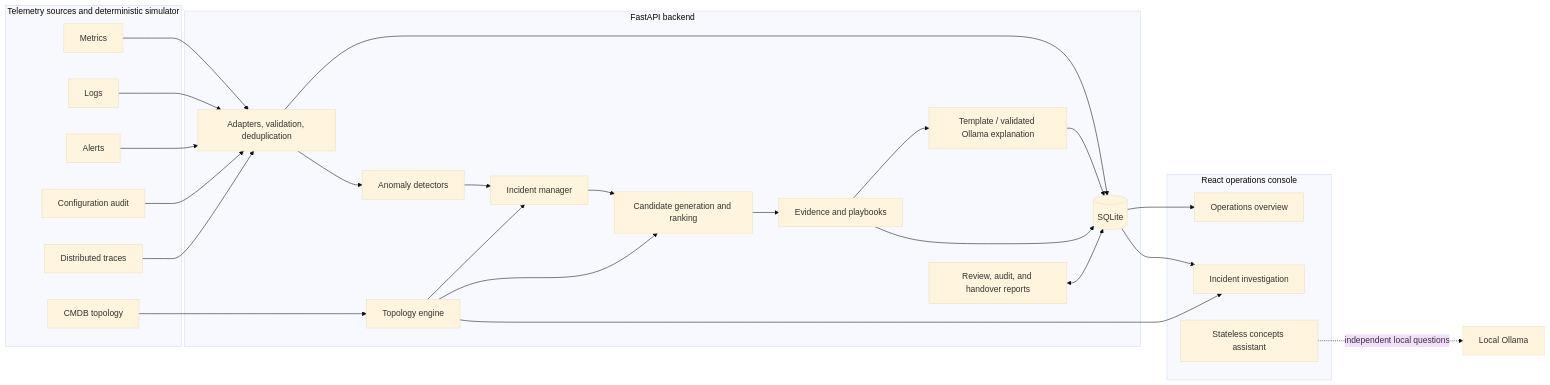
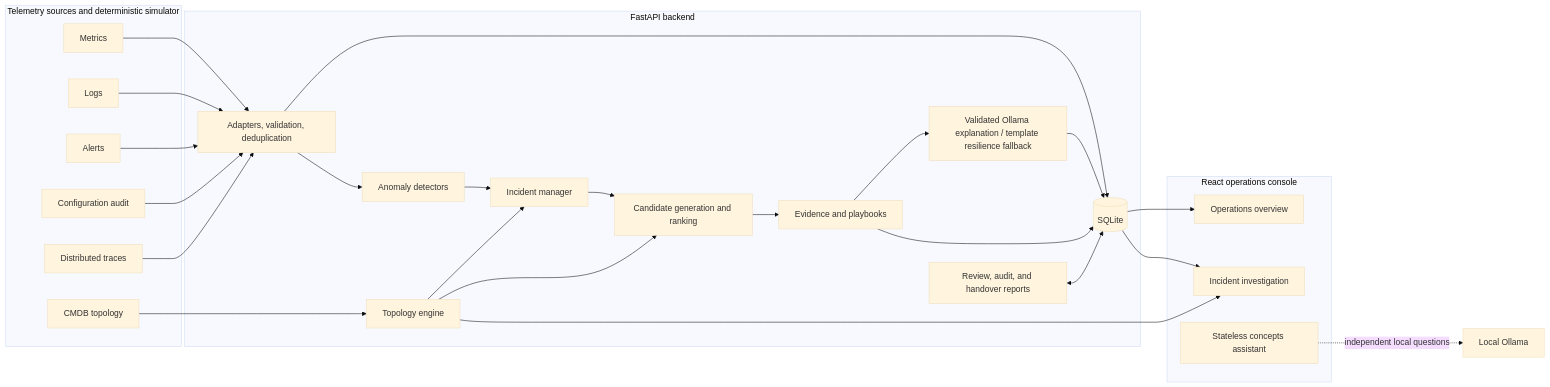
The first of 2 diagrams in README.md (SarthakBaghel/Network-Anomaly-Root-Cause-Assistant), drawn with Mermaid (base theme) before and after one commit. The commit also changed other lines of this file, not shown here.

````diff
--- a/README.md
+++ b/README.md
@@ -31,51 +31,51 @@
 ```mermaid
 flowchart LR
     subgraph Sources["Telemetry sources and deterministic simulator"]
         M["Metrics"]
         L["Logs"]
         A["Alerts"]
         C["Configuration audit"]
         T["Distributed traces"]
         CMDB["CMDB topology"]
     end
 
     subgraph Backend["FastAPI backend"]
         ING["Adapters, validation, deduplication"]
         DET["Anomaly detectors"]
         INC["Incident manager"]
         TOP["Topology engine"]
         RCA["Candidate generation and ranking"]
         EVD["Evidence and playbooks"]
-        EXP["Template / validated Ollama explanation"]
+        EXP["Validated Ollama explanation / template resilience fallback"]
         REV["Review, audit, and handover reports"]
         DB[("SQLite")]
     end
 
     subgraph Frontend["React operations console"]
         OV["Operations overview"]
         IV["Incident investigation"]
         CHAT["Stateless concepts assistant"]
     end
 
     M --> ING
     L --> ING
     A --> ING
     C --> ING
     T --> ING
     CMDB --> TOP
     ING --> DET
     ING --> DB
     DET --> INC
     TOP --> INC
     INC --> RCA
     TOP --> RCA
     RCA --> EVD
     EVD --> EXP
     EXP --> DB
     EVD --> DB
     REV <--> DB
     DB --> OV
     DB --> IV
     TOP --> IV
     CHAT -. "independent local questions" .-> Ollama["Local Ollama"]
 ```
````
